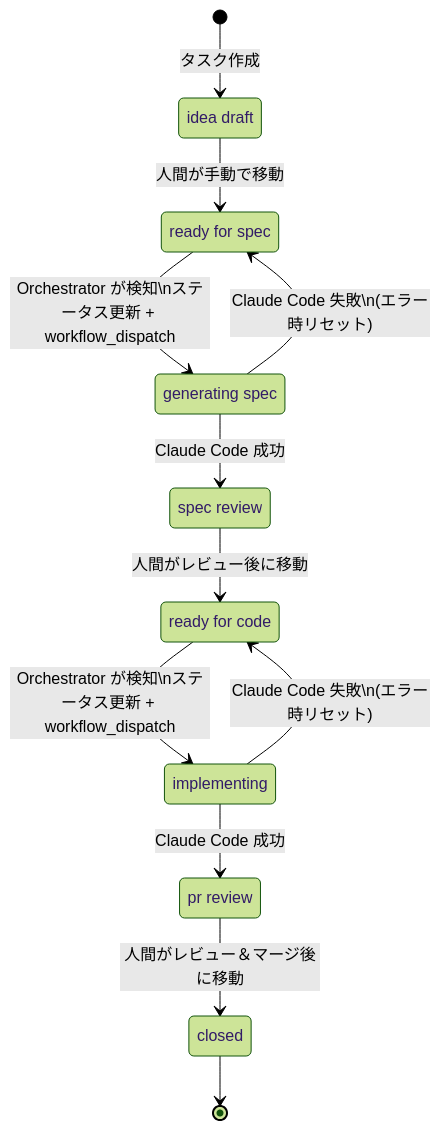
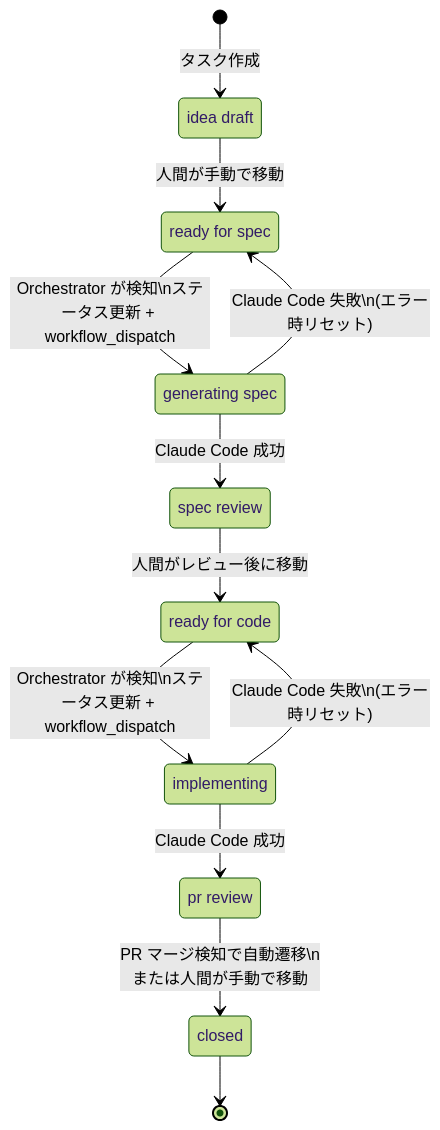
The first of 3 diagrams in docs/flow.md (alanse-inc/clickup-ai-orchestrator), drawn with Mermaid (forest theme) before and after one commit. The commit also changed other lines of this file and 2 other files, not shown here.

````diff
--- a/docs/flow.md
+++ b/docs/flow.md
@@ -7,27 +7,27 @@
 ```mermaid
 stateDiagram-v2
     [*] --> idea_draft : タスク作成
 
     idea_draft --> ready_for_spec : 人間が手動で移動
 
     ready_for_spec --> generating_spec : Orchestrator が検知\nステータス更新 + workflow_dispatch
     generating_spec --> spec_review : Claude Code 成功
     generating_spec --> ready_for_spec : Claude Code 失敗\n(エラー時リセット)
 
     spec_review --> ready_for_code : 人間がレビュー後に移動
 
     ready_for_code --> implementing : Orchestrator が検知\nステータス更新 + workflow_dispatch
     implementing --> pr_review : Claude Code 成功
     implementing --> ready_for_code : Claude Code 失敗\n(エラー時リセット)
 
-    pr_review --> closed : 人間がレビュー＆マージ後に移動
+    pr_review --> closed : PR マージ検知で自動遷移\nまたは人間が手動で移動
     closed --> [*]
 
     state "idea draft" as idea_draft
     state "ready for spec" as ready_for_spec
     state "generating spec" as generating_spec
     state "spec review" as spec_review
     state "ready for code" as ready_for_code
     state "implementing" as implementing
     state "pr review" as pr_review
 ```
````
